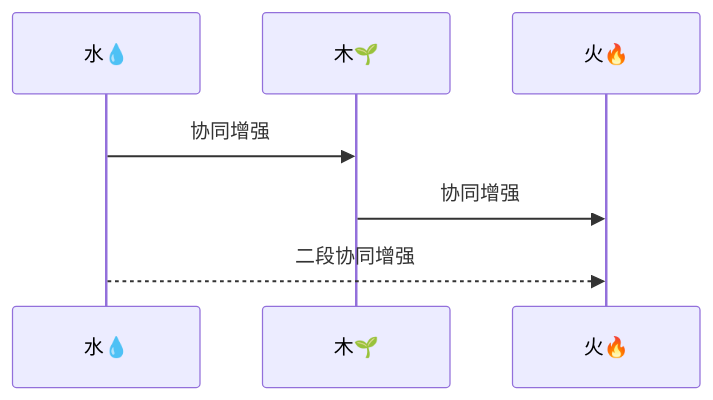
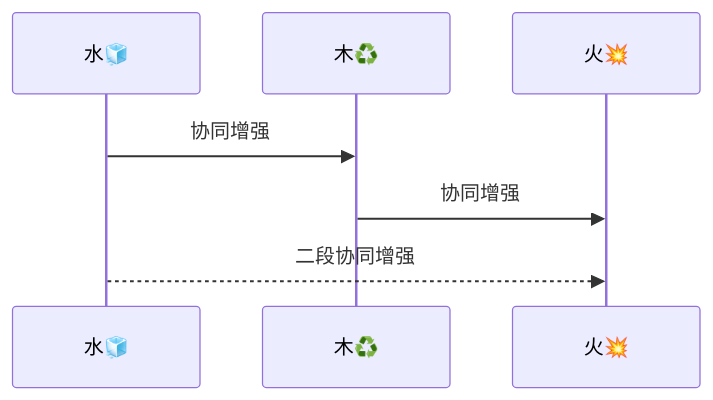
Diagram 23 of 42 in 015-不凡惊悟/readme.md (ChenyangGao/adventures-of-super-ye), drawn with Mermaid before and after one commit. The commit also changed other lines of this file and 135 other files, not shown here.

````diff
--- a/015-不凡惊悟/readme.md
+++ b/015-不凡惊悟/readme.md
@@ -770,9 +883,9 @@
 ```mermaid  
 sequenceDiagram  
-    participant 水💧  
-    participant 木🌱  
-    participant 火🔥  
-    水💧->>木🌱: 协同增强  
-    木🌱->>火🔥: 协同增强  
-    水💧-->>火🔥: 二段协同增强  
+    participant 水🧊  
+    participant 木♻️  
+    participant 火💥  
+    水🧊->>木♻️: 协同增强  
+    木♻️->>火💥: 协同增强  
+    水🧊-->>火💥: 二段协同增强  
 ```  
````
